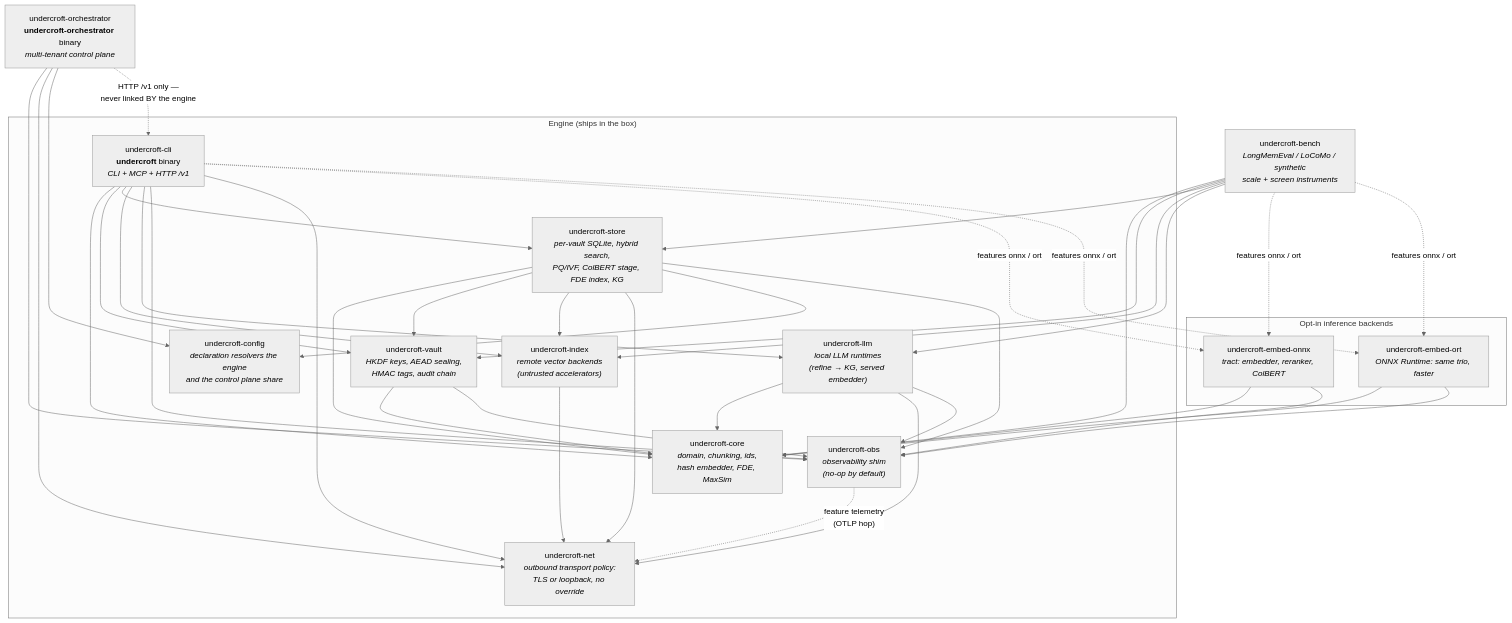
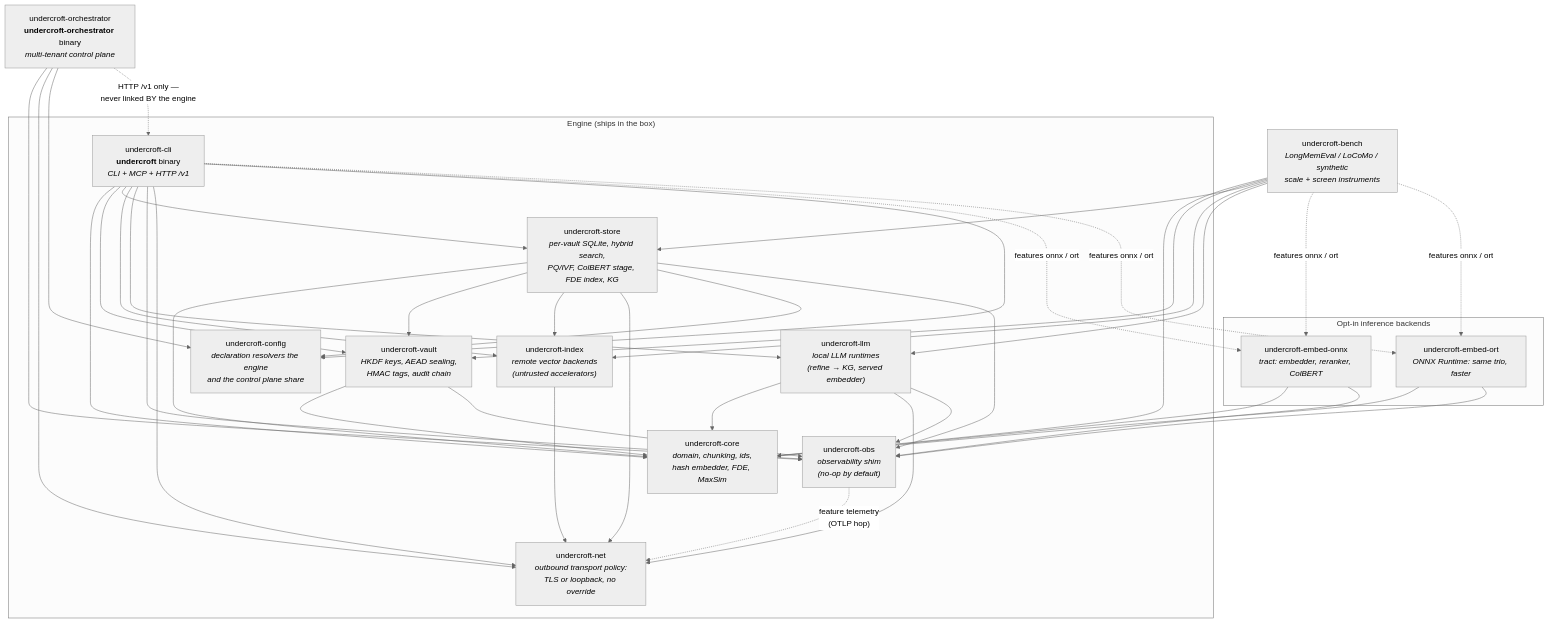
The diagram in docs/diagrams/src/architecture-components.mmd (sealcroft/undercroft), drawn with Mermaid (neutral theme) before and after one commit. The commit also changed 13 other files, not shown here.

```diff
--- a/docs/diagrams/src/architecture-components.mmd
+++ b/docs/diagrams/src/architecture-components.mmd
@@ -1,56 +1,57 @@
 flowchart TB
     subgraph engine["Engine (ships in the box)"]
         core["undercroft-core<br/><i>domain, chunking, ids,<br/>hash embedder, FDE, MaxSim</i>"]
         vault["undercroft-vault<br/><i>HKDF keys, AEAD sealing,<br/>HMAC tags, audit chain</i>"]
         store["undercroft-store<br/><i>per-vault SQLite, hybrid search,<br/>PQ/IVF, ColBERT stage, FDE index, KG</i>"]
         index["undercroft-index<br/><i>remote vector backends<br/>(untrusted accelerators)</i>"]
         llm["undercroft-llm<br/><i>local LLM runtimes<br/>(refine → KG, served embedder)</i>"]
         net["undercroft-net<br/><i>outbound transport policy:<br/>TLS or loopback, no override</i>"]
         config["undercroft-config<br/><i>declaration resolvers the engine<br/>and the control plane share</i>"]
         obs["undercroft-obs<br/><i>observability shim<br/>(no-op by default)</i>"]
         cli["undercroft-cli<br/><b>undercroft</b> binary<br/><i>CLI + MCP + HTTP /v1</i>"]
     end
     subgraph optional["Opt-in inference backends"]
         onnx["undercroft-embed-onnx<br/><i>tract: embedder, reranker, ColBERT</i>"]
         ort["undercroft-embed-ort<br/><i>ONNX Runtime: same trio, faster</i>"]
     end
     bench["undercroft-bench<br/><i>LongMemEval / LoCoMo / synthetic<br/>scale + screen instruments</i>"]
     orch["undercroft-orchestrator<br/><b>undercroft-orchestrator</b> binary<br/><i>multi-tenant control plane</i>"]
 
     vault --> core
     vault --> obs
     store --> core
     store --> vault
     store --> index
     store --> net
     store --> config
     store --> obs
     index --> net
     llm --> core
     llm --> net
     llm --> obs
     obs -. "feature telemetry<br/>(OTLP hop)" .-> net
     cli --> core
     cli --> vault
     cli --> store
     cli --> index
     cli --> llm
     cli --> obs
     cli --> net
-    cli -. "features onnx / ort" .-> onnx
+    cli --> config
+    cli -."features onnx / ort" .-> onnx
     cli -. "features onnx / ort" .-> ort
     onnx --> core
     onnx --> obs
     ort --> core
     ort --> obs
     bench --> core
     bench --> vault
     bench --> store
     bench --> index
     bench --> llm
     bench -. "features onnx / ort" .-> onnx
     bench -. "features onnx / ort" .-> ort
     orch --> obs
     orch --> net
     orch --> config
     orch -. "HTTP /v1 only —<br/>never linked BY the engine" .-> cli
```
